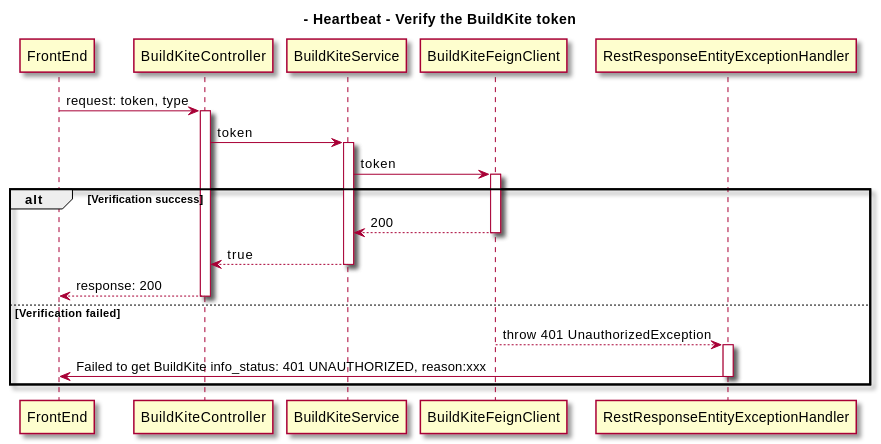
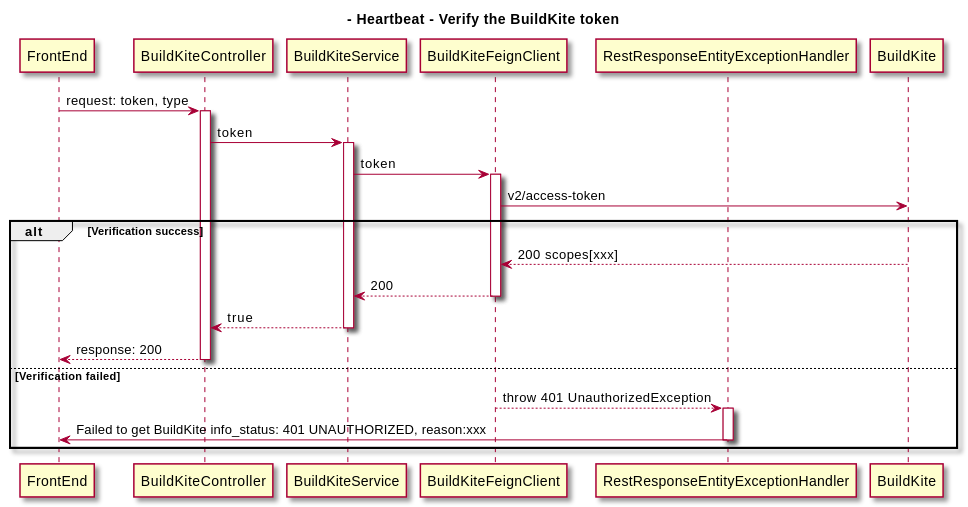
One commit to thoughtworks/HeartBeat changed the second of 3 diagrams in docs/src/content/docs/en/spikes/tech-spikes-split-verify-of-buildkite.mdx. Above: the diagram before and after it, drawn with PlantUML. The commit also changed other lines of this file, not shown here.

````diff
--- a/docs/src/content/docs/en/spikes/tech-spikes-split-verify-of-buildkite.mdx
+++ b/docs/src/content/docs/en/spikes/tech-spikes-split-verify-of-buildkite.mdx
@@ -26,36 +103,39 @@
 ```plantuml
 @startuml
 skin rose
 title - Heartbeat - Verify the BuildKite token
 
 participant FrontEnd
 participant BuildKiteController
 participant BuildKiteService
 participant BuildKiteFeignClient
 participant RestResponseEntityExceptionHandler
+participant BuildKite
 
 ' group Verify the validity of the token
     FrontEnd -> BuildKiteController: request: token, type
     activate BuildKiteController
     BuildKiteController -> BuildKiteService: token
     activate BuildKiteService
     BuildKiteService -> BuildKiteFeignClient: token
     activate BuildKiteFeignClient
+    BuildKiteFeignClient -> BuildKite: v2/access-token
 alt Verification success
+		BuildKite --> BuildKiteFeignClient: 200  scopes[xxx]
     BuildKiteFeignClient --> BuildKiteService: 200
     deactivate BuildKiteFeignClient
     BuildKiteService --> BuildKiteController: true
     deactivate BuildKiteService
     BuildKiteController --> FrontEnd: response: 200
     deactivate BuildKiteController
 else Verification failed
     BuildKiteFeignClient --> RestResponseEntityExceptionHandler: throw 401 UnauthorizedException
     deactivate BuildKiteFeignClient
     activate RestResponseEntityExceptionHandler
     RestResponseEntityExceptionHandler -> FrontEnd: Failed to get BuildKite info_status: 401 UNAUTHORIZED, reason:xxx
     deactivate RestResponseEntityExceptionHandler
     ' deactivate BuildKiteService
     ' deactivate BuildKiteController
 end
 @enduml
 ```
````
